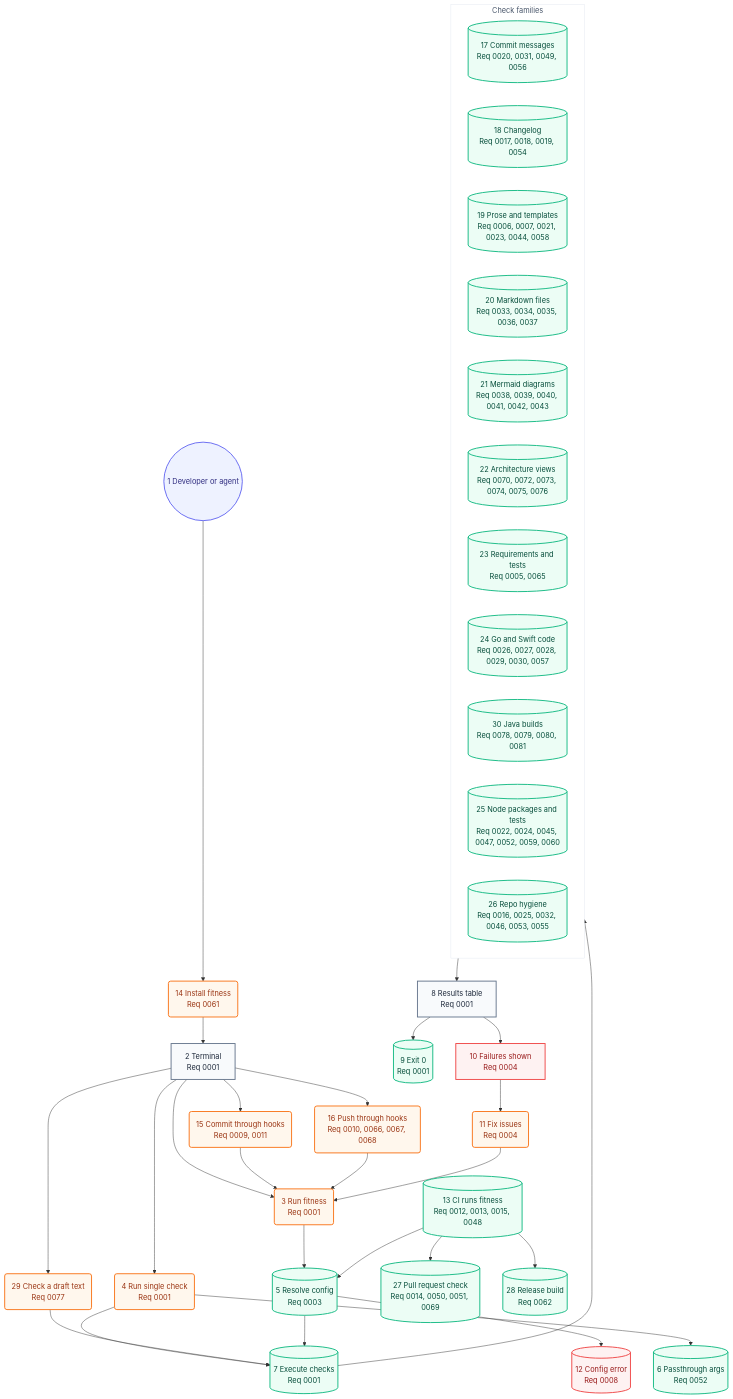
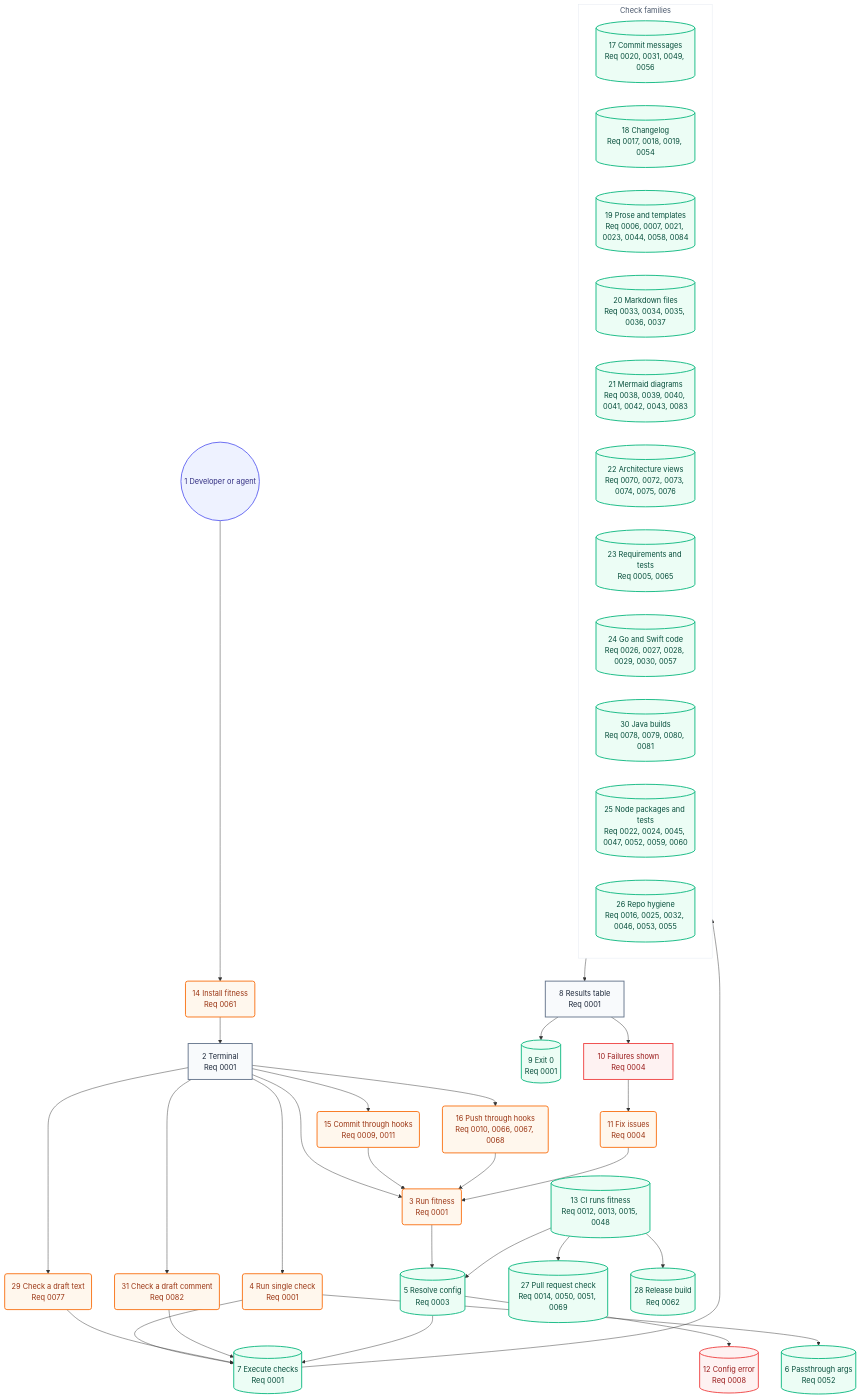
The second of 2 diagrams in docs/architecture/05-user-journey.md (may-journal/fitness-runner), drawn with Mermaid before and after one commit. The commit also changed other lines of this file and 38 other files, not shown here.

First line of the commit message:
feat(comment-check): judge issue and PR comments before and after posting

````diff
--- a/docs/architecture/05-user-journey.md
+++ b/docs/architecture/05-user-journey.md
@@ -40,70 +40,73 @@
 ```mermaid
 flowchart TB
     dev((1 Developer or agent)):::persona
     install(14 Install fitness<br/>Req 0061):::action
     terminal[2 Terminal<br/>Req 0001]:::screen
     runFull(3 Run fitness<br/>Req 0001):::action
     runSingle(4 Run single check<br/>Req 0001):::action
     runBlob(29 Check a draft text<br/>Req 0077):::action
+    runComment(31 Check a draft comment<br/>Req 0082):::action
     commitHook(15 Commit through hooks<br/>Req 0009, 0011):::action
     pushHook(16 Push through hooks<br/>Req 0010, 0066, 0067, 0068):::action
     resolveConfig[(5 Resolve config<br/>Req 0003)]:::system
     passArgs[(6 Passthrough args<br/>Req 0052)]:::system
     executeChecks[(7 Execute checks<br/>Req 0001)]:::system
 
     subgraph checks["Check families"]
         commitChecks[(17 Commit messages<br/>Req 0020, 0031, 0049, 0056)]:::system
         changelogChecks[(18 Changelog<br/>Req 0017, 0018, 0019, 0054)]:::system
-        proseChecks[(19 Prose and templates<br/>Req 0006, 0007, 0021, 0023, 0044, 0058)]:::system
+        proseChecks[(19 Prose and templates<br/>Req 0006, 0007, 0021, 0023, 0044, 0058, 0084)]:::system
         markdownChecks[(20 Markdown files<br/>Req 0033, 0034, 0035, 0036, 0037)]:::system
-        mermaidChecks[(21 Mermaid diagrams<br/>Req 0038, 0039, 0040, 0041, 0042, 0043)]:::system
+        mermaidChecks[(21 Mermaid diagrams<br/>Req 0038, 0039, 0040, 0041, 0042, 0043, 0083)]:::system
         architectureChecks[(22 Architecture views<br/>Req 0070, 0072, 0073, 0074, 0075, 0076)]:::system
         requirementChecks[(23 Requirements and tests<br/>Req 0005, 0065)]:::system
         goSwiftChecks[(24 Go and Swift code<br/>Req 0026, 0027, 0028, 0029, 0030, 0057)]:::system
         javaChecks[(30 Java builds<br/>Req 0078, 0079, 0080, 0081)]:::system
         nodeChecks[(25 Node packages and tests<br/>Req 0022, 0024, 0045, 0047, 0052, 0059, 0060)]:::system
         repoChecks[(26 Repo hygiene<br/>Req 0016, 0025, 0032, 0046, 0053, 0055)]:::system
     end
 
     resultsTable[8 Results table<br/>Req 0001]:::screen
     exitZero[(9 Exit 0<br/>Req 0001)]:::system
     failuresShown[10 Failures shown<br/>Req 0004]:::blocked
     fixIssues(11 Fix issues<br/>Req 0004):::action
     configError[(12 Config error<br/>Req 0008)]:::blocked
     ciRun[(13 CI runs fitness<br/>Req 0012, 0013, 0015, 0048)]:::system
     prCheck[(27 Pull request check<br/>Req 0014, 0050, 0051, 0069)]:::system
     release[(28 Release build<br/>Req 0062)]:::system
 
     dev --> install
     install --> terminal
     terminal --> runFull
     terminal --> runSingle
     terminal --> commitHook
     terminal --> pushHook
     terminal --> runBlob
+    terminal --> runComment
     commitHook --> runFull
     pushHook --> runFull
     runFull --> resolveConfig
     runSingle --> executeChecks
     runSingle --> passArgs
     runBlob --> executeChecks
+    runComment --> executeChecks
     resolveConfig --> executeChecks
     resolveConfig --> configError
     executeChecks --> checks
     checks --> resultsTable
     resultsTable --> exitZero
     resultsTable --> failuresShown
     failuresShown --> fixIssues
     fixIssues --> runFull
     ciRun --> resolveConfig
     ciRun --> prCheck
     ciRun --> release
 
     classDef persona fill:#eef2ff,stroke:#6366f1,color:#312e81,stroke-width:2px
     classDef screen fill:#f8fafc,stroke:#64748b,color:#1e293b,stroke-width:2px
     classDef action fill:#fff7ed,stroke:#f97316,color:#9a3412,stroke-width:2px
     classDef system fill:#ecfdf5,stroke:#10b981,color:#064e3b,stroke-width:2px
     classDef blocked fill:#fef2f2,stroke:#ef4444,color:#991b1b,stroke-width:2px
 
     style checks fill:#ffffff,stroke:#e2e8f0,color:#475569,stroke-width:1px
 ```
````
